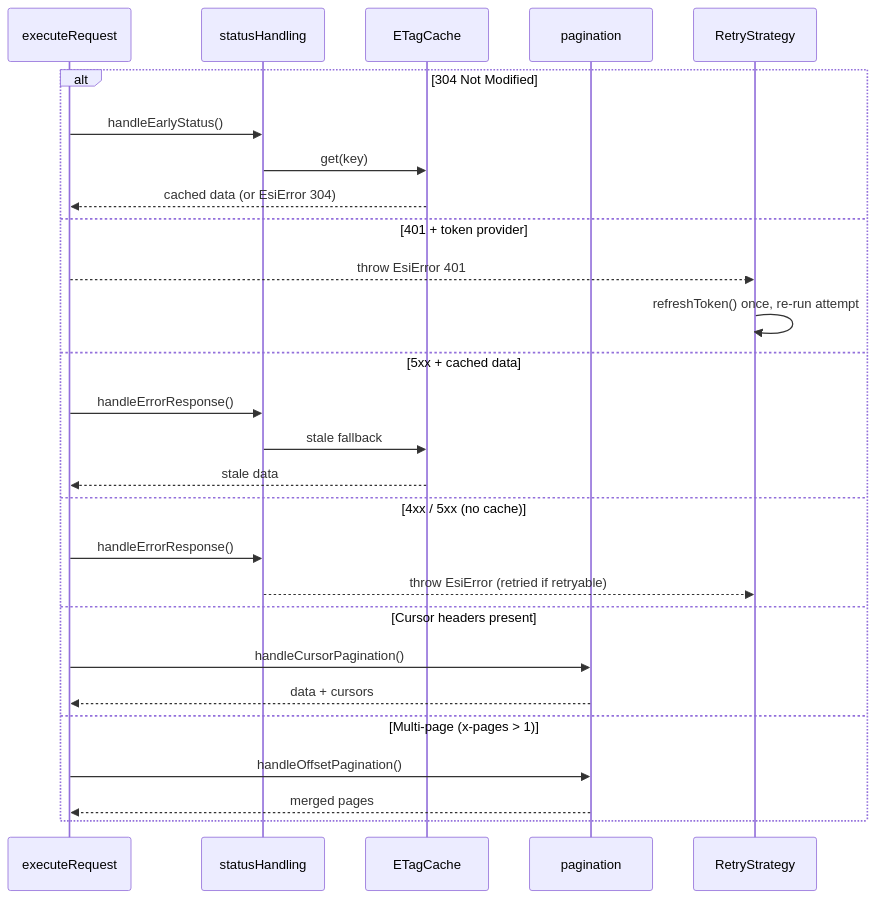
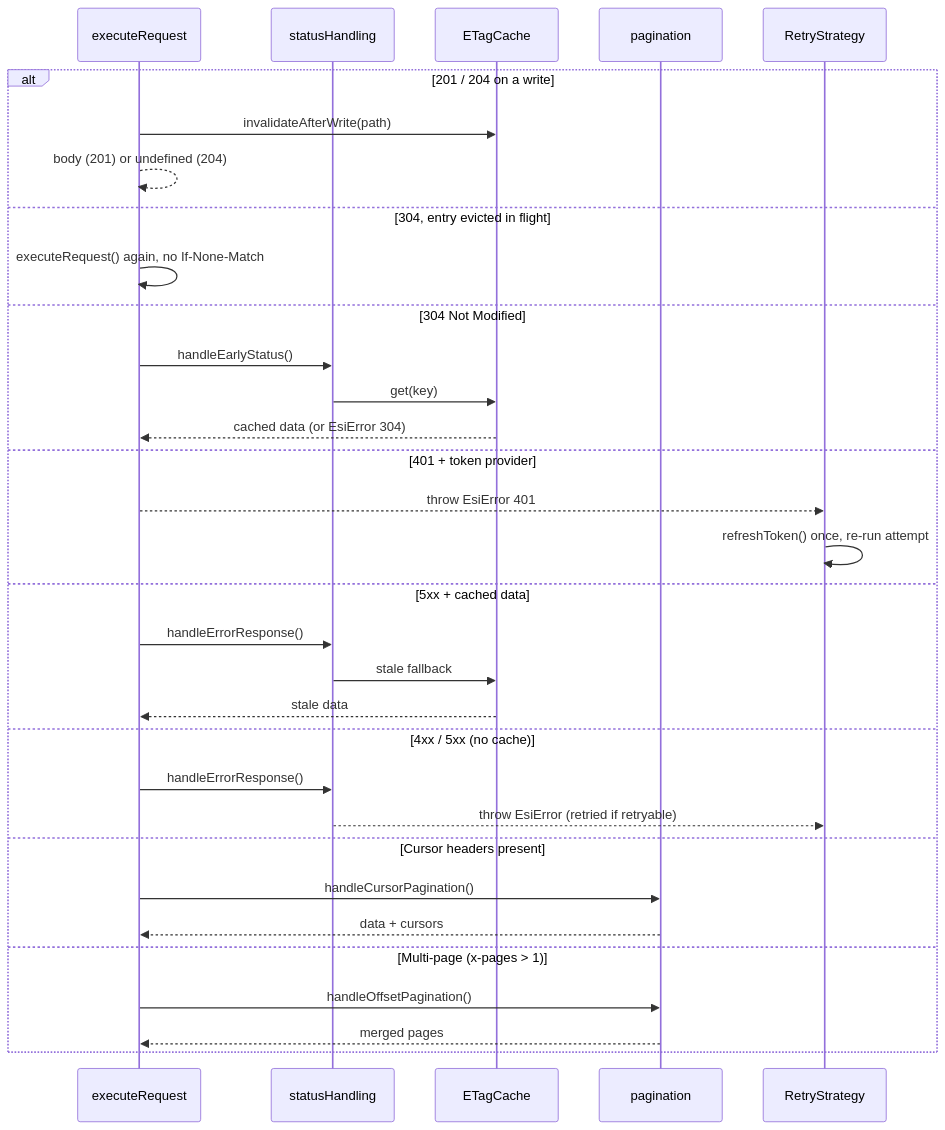
One commit to lgriffin/ESI.ts changed the eighth of 15 diagrams in guides/ARCHITECTURE.md. Above: the diagram before and after it, drawn with Mermaid. The commit also changed other lines of this file and 14 other files, not shown here.

````diff
--- a/guides/ARCHITECTURE.md
+++ b/guides/ARCHITECTURE.md
@@ -430,30 +583,35 @@
 ```mermaid
 sequenceDiagram
     participant HR as executeRequest
     participant SH as statusHandling
     participant Cache as ETagCache
     participant PO as pagination
     participant RS as RetryStrategy
 
-    alt 304 Not Modified
+    alt 201 / 204 on a write
+        HR->>Cache: invalidateAfterWrite(path)
+        HR-->>HR: body (201) or undefined (204)
+    else 304, entry evicted in flight
+        HR->>HR: executeRequest() again, no If-None-Match
+    else 304 Not Modified
         HR->>SH: handleEarlyStatus()
         SH->>Cache: get(key)
         Cache-->>HR: cached data (or EsiError 304)
     else 401 + token provider
         HR-->>RS: throw EsiError 401
         RS->>RS: refreshToken() once, re-run attempt
     else 5xx + cached data
         HR->>SH: handleErrorResponse()
         SH->>Cache: stale fallback
         Cache-->>HR: stale data
     else 4xx / 5xx (no cache)
         HR->>SH: handleErrorResponse()
         SH-->>RS: throw EsiError (retried if retryable)
     else Cursor headers present
         HR->>PO: handleCursorPagination()
         PO-->>HR: data + cursors
     else Multi-page (x-pages > 1)
         HR->>PO: handleOffsetPagination()
         PO-->>HR: merged pages
     end
 ```
````
